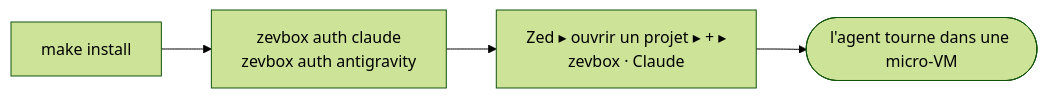
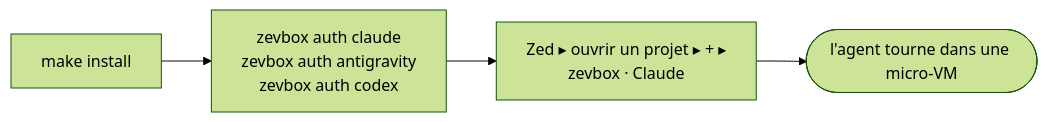
Before and after one commit to brainztorm/zevbox: the third of 4 diagrams in docs/fr/README.md, drawn with Mermaid (forest theme). The commit also changed other lines of this file and 28 other files, not shown here.

````diff
--- a/docs/fr/README.md
+++ b/docs/fr/README.md
@@ -116,6 +117,6 @@
 ```mermaid
 flowchart LR
-    A["make install"] --> B["zevbox auth claude\nzevbox auth antigravity"]
+    A["make install"] --> B["zevbox auth claude\nzevbox auth antigravity\nzevbox auth codex"]
     B --> D["Zed ▸ ouvrir un projet ▸ + ▸\nzevbox · Claude"]
     D --> E(["l'agent tourne dans une micro-VM"])
 ```
````
